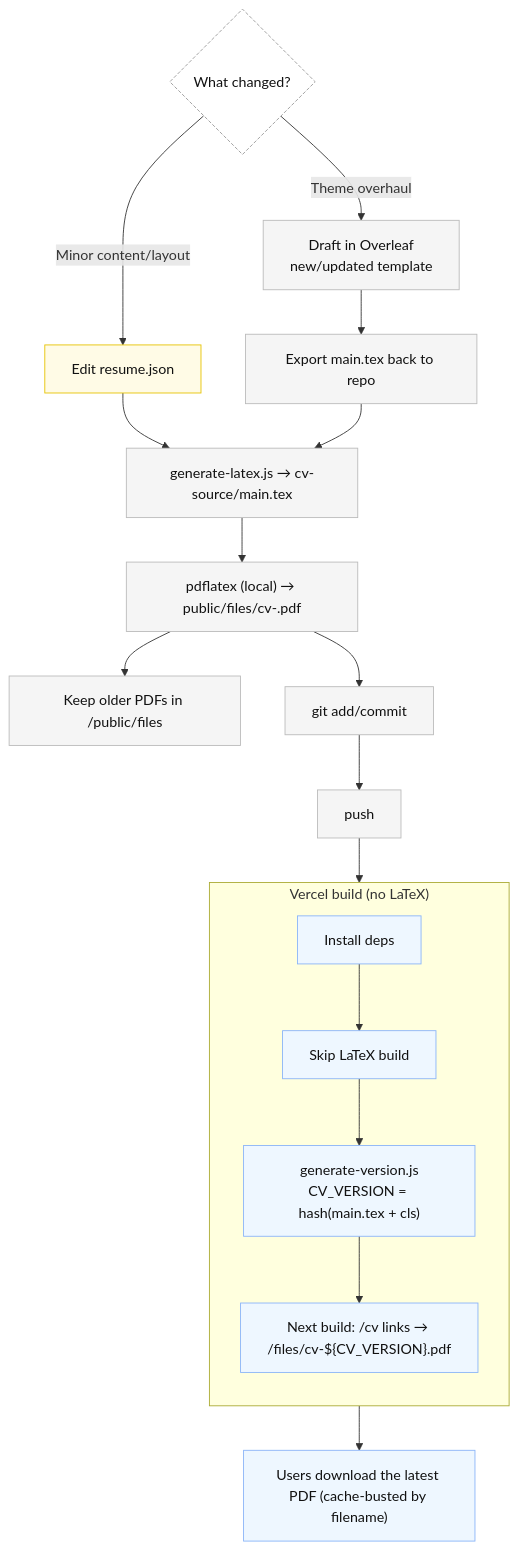
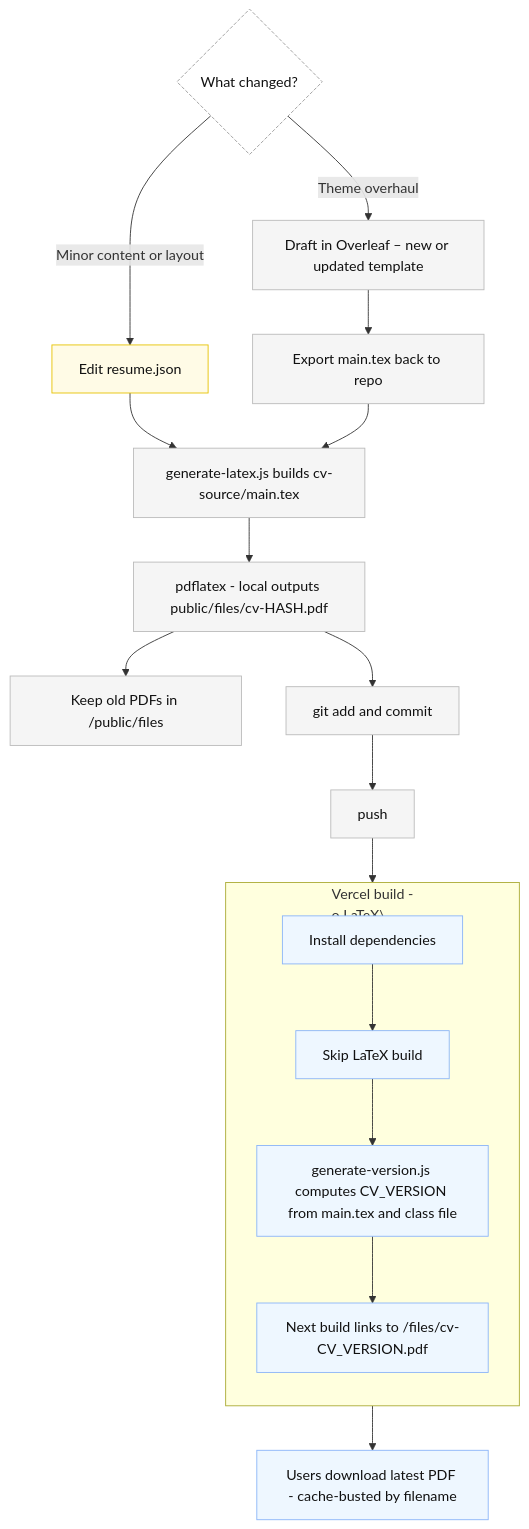
The diagram in content/cv-sync-latex.mdx (sainsw/ainsworth.dev), drawn with Mermaid before and after one commit.

Commit message:
Refine mermaid diagram in CV generation documentation by updating node descriptions and flow direction for improved clarity and consistency, including details on Vercel build processes and output paths.

````diff
--- a/content/cv-sync-latex.mdx
+++ b/content/cv-sync-latex.mdx
@@ -16,38 +16,36 @@
 ```mermaid
-flowchart TD
+flowchart TB
   %% Legend
   classDef local fill:#f5f5f5,stroke:#bbb,color:#111;
   classDef vercel fill:#eef7ff,stroke:#8ab4f8,color:#111;
   classDef file fill:#fffbe6,stroke:#e6c200,color:#111;
   classDef decision fill:#fff,stroke:#999,color:#111,stroke-dasharray:4 2;
 
   %% Change type
   D{"What changed?"}:::decision
 
   %% Minor change path (JSON-driven)
-  A["Edit resume.json"]:::file --> G["generate-latex.js → cv-source/main.tex"]:::local
-  D -- Minor content/layout --> A
+  A["Edit resume.json"]:::file --> G["generate-latex.js builds cv-source/main.tex"]:::local
+  D -- "Minor content or layout" --> A
 
   %% Theme overhaul path (Overleaf-driven)
-  O["Draft in Overleaf<br/>new/updated template"]:::local --> O2["Export main.tex back to repo"]:::local --> G
-  D -- Theme overhaul --> O
+  O["Draft in Overleaf – new or updated template"]:::local --> O2["Export main.tex back to repo"]:::local --> G
+  D -- "Theme overhaul" --> O
 
   %% Build PDF locally
-  G --> P["pdflatex (local) → public/files/cv-<hash>.pdf"]:::local
-  P --> K["Keep older PDFs in /public/files"]:::local
-  P --> C["git add/commit"]:::local
+  G --> P["pdflatex - local outputs public/files/cv-HASH.pdf"]:::local
+  P --> K["Keep old PDFs in /public/files"]:::local
+  P --> C["git add and commit"]:::local
   C --> U["push"]:::local
 
   %% Vercel side
-  subgraph "Vercel build (no LaTeX)"
-    direction TD
-    V1["Install deps"]:::vercel --> V2["Skip LaTeX build"]:::vercel
-    V2 --> V3["generate-version.js<br/>CV_VERSION = hash(main.tex + cls)"]:::vercel
-    V3 --> V4["Next build: /cv links → /files/cv-${CV_VERSION}.pdf"]:::vercel
+  subgraph VercelBuild["Vercel build - \"no LaTeX\""]
+    direction TB
+    V1["Install dependencies"]:::vercel --> V2["Skip LaTeX build"]:::vercel
+    V2 --> V3["generate-version.js computes CV_VERSION from main.tex and class file"]:::vercel
+    V3 --> V4["Next build links to /files/cv-CV_VERSION.pdf"]:::vercel
   end
 
   U --> V1
-
-  %% Outcomes
-  V4 --> S["Users download the latest PDF (cache-busted by filename)"]:::vercel
+  V4 --> S["Users download latest PDF - cache-busted by filename"]:::vercel
 ```
````
